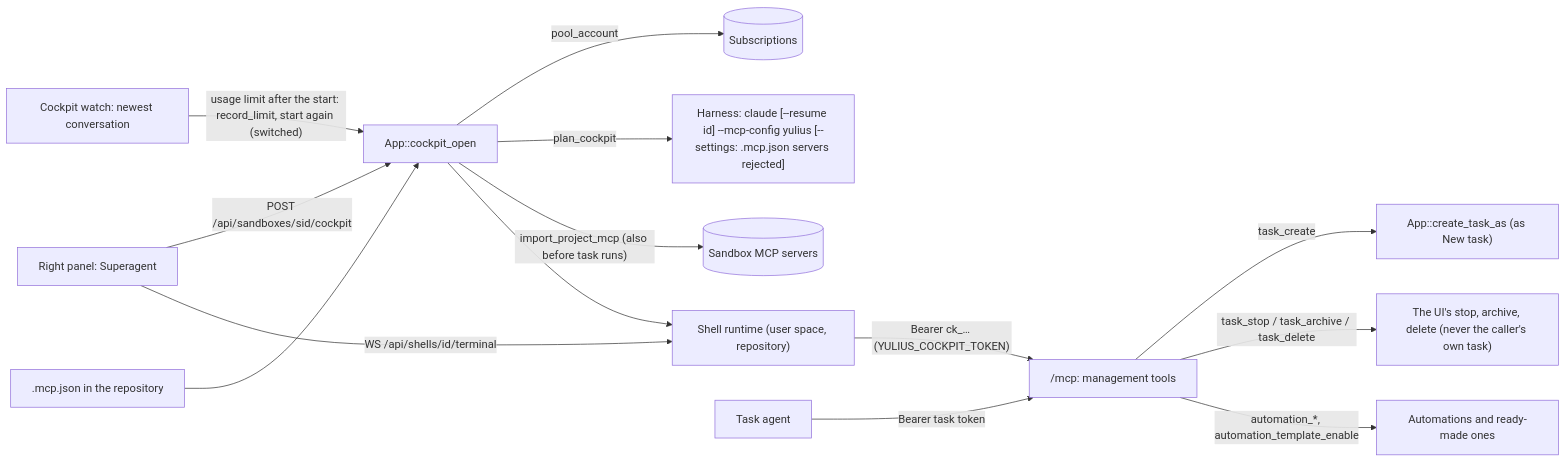
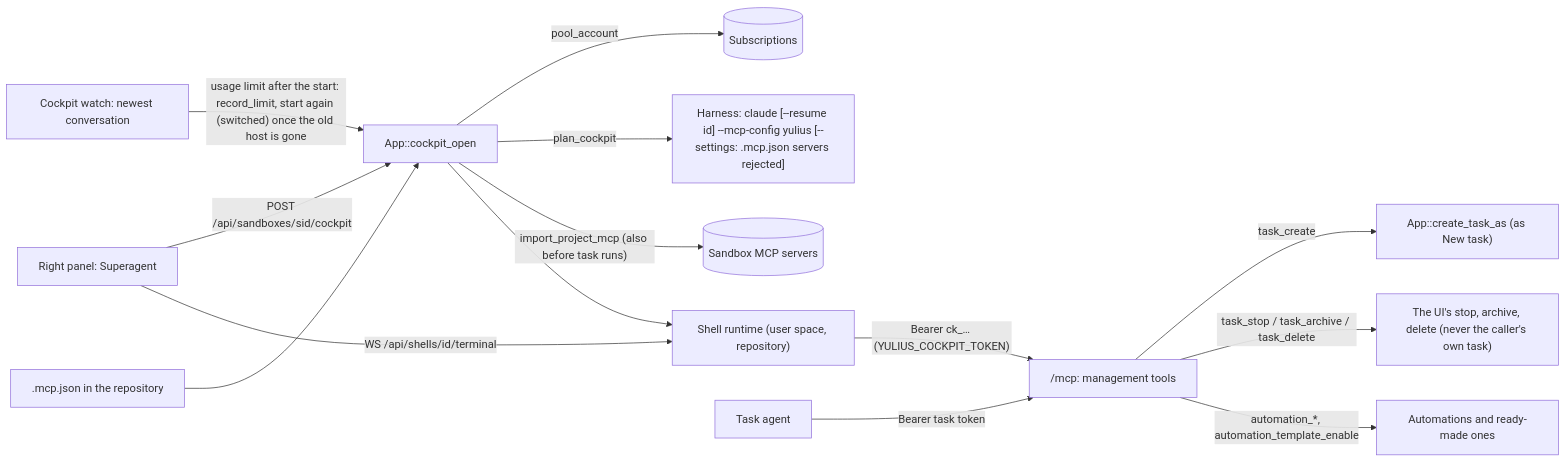
Before and after one commit to Quartio-Studio/yulius: diagram 13 of 30 in docs/architecture.md, drawn with Mermaid. The commit also changed other lines of this file and 5 other files, not shown here.

Commit message:
docs: ADR-0120, architecture, changes and spec cross-references for #346 and #453

````diff
--- a/docs/architecture.md
+++ b/docs/architecture.md
@@ -453,16 +459,16 @@
 ```mermaid
 flowchart LR
   UI["Right panel: Superagent"] -->|"POST /api/sandboxes/sid/cockpit"| APP["App::cockpit_open"]
   APP -->|"pool_account"| POOL[("Subscriptions")]
-  W["Cockpit watch: newest conversation"] -->|"usage limit after the start: record_limit, start again (switched)"| APP
+  W["Cockpit watch: newest conversation"] -->|"usage limit after the start: record_limit, start again (switched) once the old host is gone"| APP
   APP -->|"plan_cockpit"| HP["Harness: claude [--resume id] --mcp-config yulius [--settings: .mcp.json servers rejected]"]
   APP -->|"import_project_mcp (also before task runs)"| MS[("Sandbox MCP servers")]
   REPO[".mcp.json in the repository"] --> APP
   APP --> SH["Shell runtime (user space, repository)"]
   UI -->|"WS /api/shells/id/terminal"| SH
   SH -->|"Bearer ck_… (YULIUS_COCKPIT_TOKEN)"| MCP["/mcp: management tools"]
   AG["Task agent"] -->|"Bearer task token"| MCP
   MCP -->|"task_create"| NT["App::create_task_as (as New task)"]
   MCP -->|"task_stop / task_archive / task_delete"| TU["The UI's stop, archive, delete (never the caller's own task)"]
   MCP -->|"automation_*, automation_template_enable"| AU["Automations and ready-made ones"]
 ```
````
